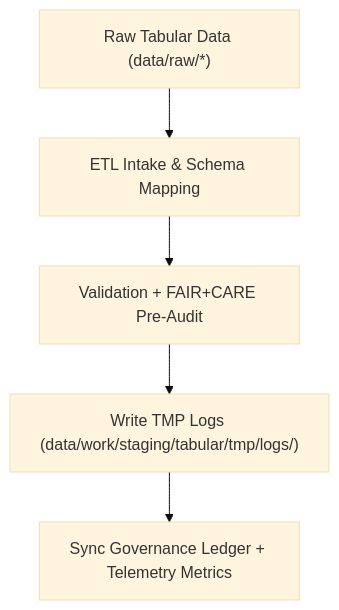
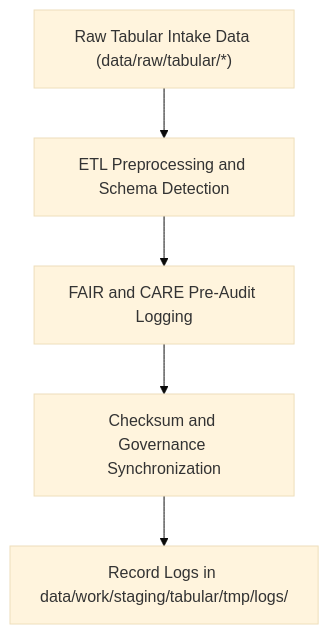
One commit to bartytime4life/Kansas-Frontier-Matrix changed the diagram in data/work/staging/tabular/tmp/logs/README.md. Above: the diagram before and after it, drawn with Mermaid (base theme). The commit also changed other lines of this file, not shown here.

````diff
--- a/data/work/staging/tabular/tmp/logs/README.md
+++ b/data/work/staging/tabular/tmp/logs/README.md
@@ -68,7 +63,7 @@
 ```mermaid
 flowchart TD
-    A["Raw Tabular Data (data/raw/*)"] --> B["ETL Intake & Schema Mapping"]
-    B --> C["Validation + FAIR+CARE Pre-Audit"]
-    C --> D["Write TMP Logs (data/work/staging/tabular/tmp/logs/)"]
-    D --> E["Sync Governance Ledger + Telemetry Metrics"]
+    A["Raw Tabular Intake Data (data/raw/tabular/*)"] --> B["ETL Preprocessing and Schema Detection"]
+    B --> C["FAIR and CARE Pre-Audit Logging"]
+    C --> D["Checksum and Governance Synchronization"]
+    D --> E["Record Logs in data/work/staging/tabular/tmp/logs/"]
 ```
````
